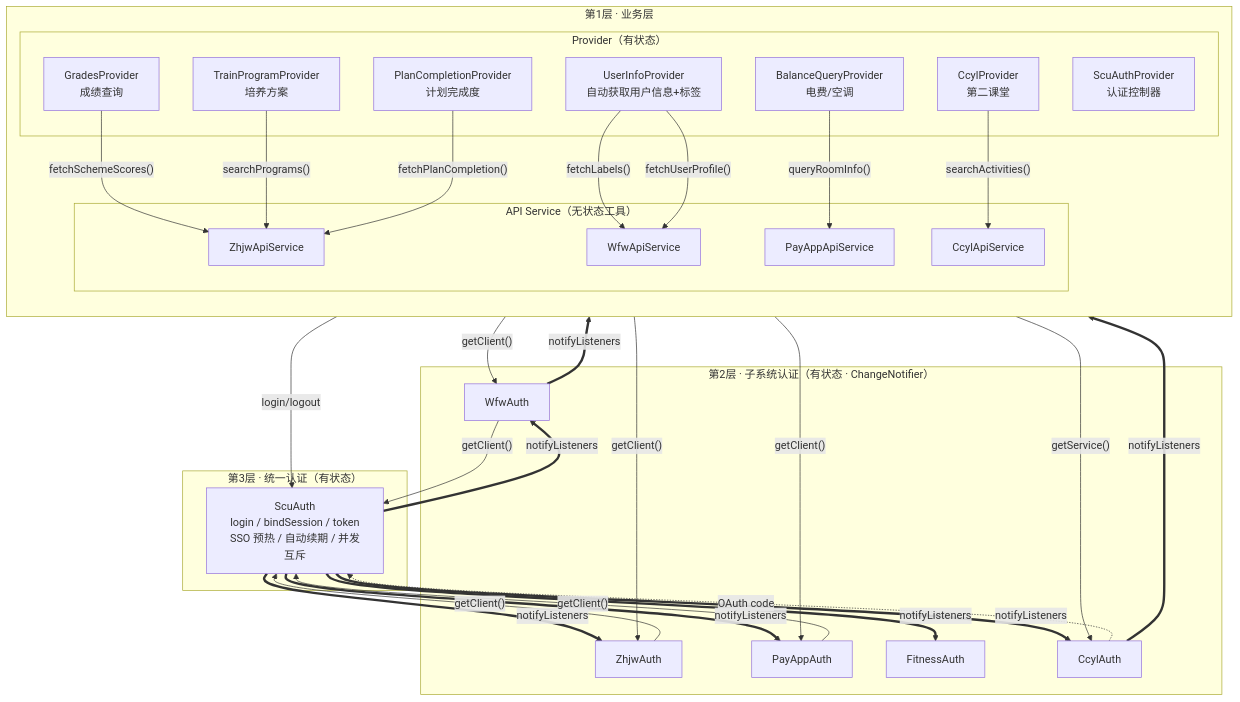
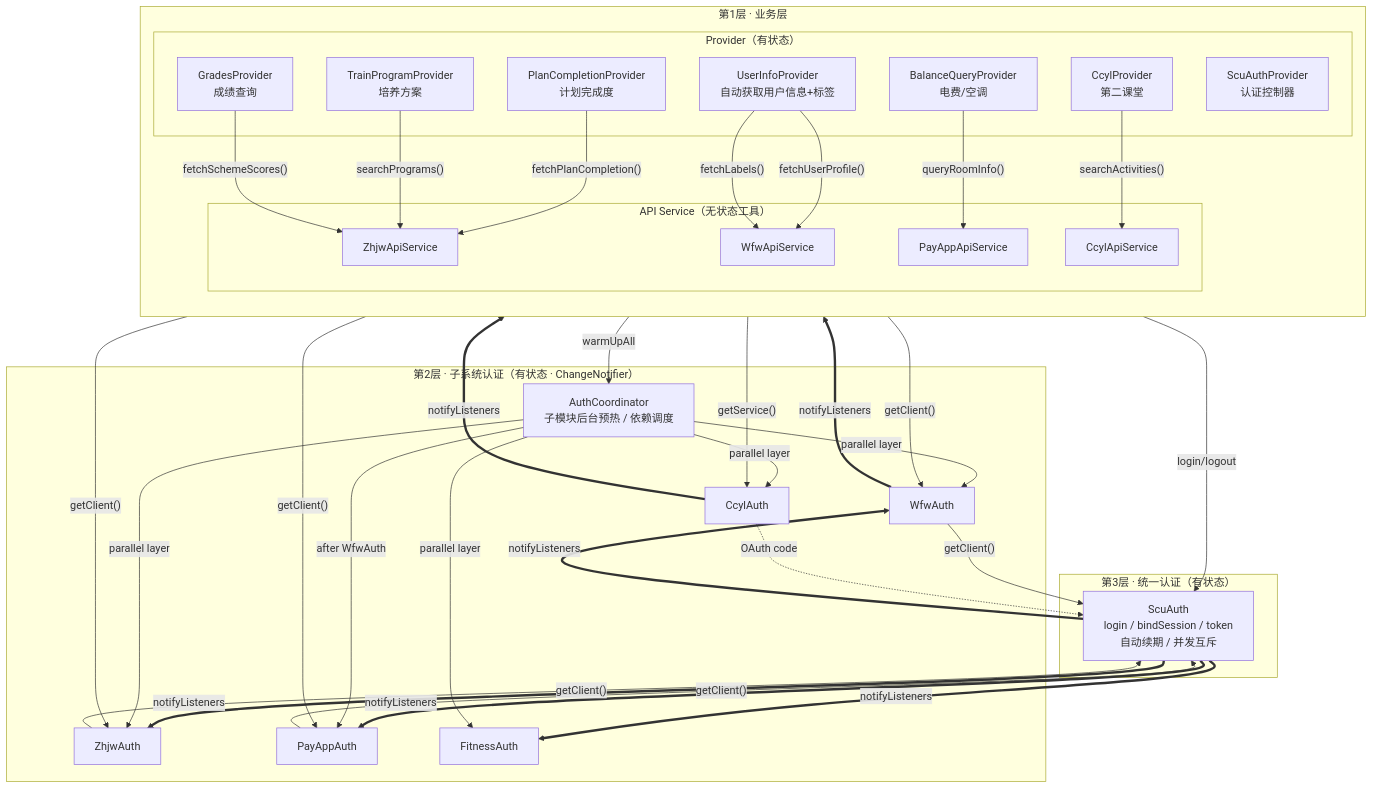
Before and after one commit to The-Brotherhood-of-SCU/Bugaoshan: the first of 7 diagrams in docs/decisions/auth-architecture.md, drawn with Mermaid. The commit also changed other lines of this file and 20 other files, not shown here.

````diff
--- a/docs/decisions/auth-architecture.md
+++ b/docs/decisions/auth-architecture.md
@@ -16,66 +18,72 @@
 ```mermaid
 graph TD
     subgraph L1["第1层 · 业务层"]
         direction TB
         subgraph Providers["Provider（有状态）"]
             UIP["UserInfoProvider<br/>自动获取用户信息+标签"]
             GP["GradesProvider<br/>成绩查询"]
             TPP["TrainProgramProvider<br/>培养方案"]
             PCP["PlanCompletionProvider<br/>计划完成度"]
             BQP["BalanceQueryProvider<br/>电费/空调"]
             CP["CcylProvider<br/>第二课堂"]
             SAP["ScuAuthProvider<br/>认证控制器"]
         end
         subgraph API["API Service（无状态工具）"]
             ZHJW["ZhjwApiService"]
             WFW["WfwApiService"]
             PAYAPP["PayAppApiService"]
             CCYL["CcylApiService"]
         end
     end
 
     subgraph L2["第2层 · 子系统认证（有状态 · ChangeNotifier）"]
         ZA["ZhjwAuth"]
         WA["WfwAuth"]
         PA["PayAppAuth"]
         FA["FitnessAuth"]
         CA["CcylAuth"]
+        AC["AuthCoordinator<br/>子模块后台预热 / 依赖调度"]
     end
 
     subgraph L3["第3层 · 统一认证（有状态）"]
-        SCU["ScuAuth<br/>login / bindSession / token<br/>SSO 预热 / 自动续期 / 并发互斥"]
+        SCU["ScuAuth<br/>login / bindSession / token<br/>自动续期 / 并发互斥"]
     end
 
     %% 响应式通知链（粗线）：L3 → L2 → Provider
     SCU ==>|"notifyListeners"| WA
     SCU ==>|"notifyListeners"| ZA
     SCU ==>|"notifyListeners"| PA
     SCU ==>|"notifyListeners"| FA
-    SCU ==>|"notifyListeners"| CA
     WA ==>|"notifyListeners"| UIP
     CA ==>|"notifyListeners"| CP
 
     %% Provider 调用 API Service（同层，无状态工具）
     UIP -->|"fetchLabels()"| WFW
     UIP -->|"fetchUserProfile()"| WFW
     GP -->|"fetchSchemeScores()"| ZHJW
     TPP -->|"searchPrograms()"| ZHJW
     PCP -->|"fetchPlanCompletion()"| ZHJW
     BQP -->|"queryRoomInfo()"| PAYAPP
     CP -->|"searchActivities()"| CCYL
 
     %% API Service 调用 Auth (L1 → L2)
     WFW -->|"getClient()"| WA
     ZHJW -->|"getClient()"| ZA
     PAYAPP -->|"getClient()"| PA
     CCYL -->|"getService()"| CA
 
     %% Auth 调用 ScuAuth (L2 → L3)
     WA -->|"getClient()"| SCU
     ZA -->|"getClient()"| SCU
     PA -->|"getClient()"| SCU
     CA -.->|"OAuth code"| SCU
 
     %% ScuAuthProvider 直接操作 ScuAuth（认证控制器）
     SAP -->|"login/logout"| SCU
+    SAP -->|"warmUpAll"| AC
+    AC -->|"parallel layer"| ZA
+    AC -->|"parallel layer"| WA
+    AC -->|"parallel layer"| FA
+    AC -->|"parallel layer"| CA
+    AC -->|"after WfwAuth"| PA
 ```
````
